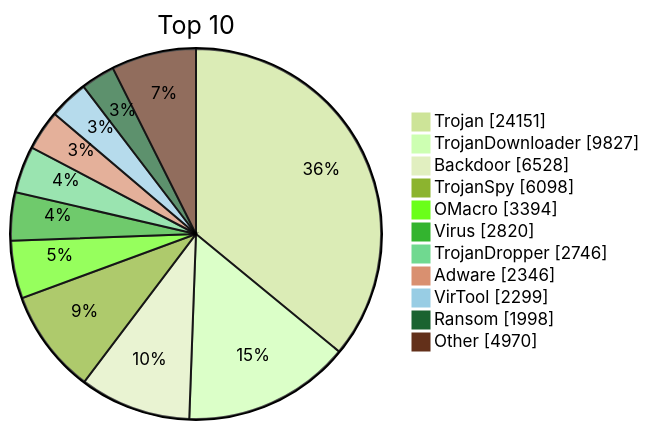
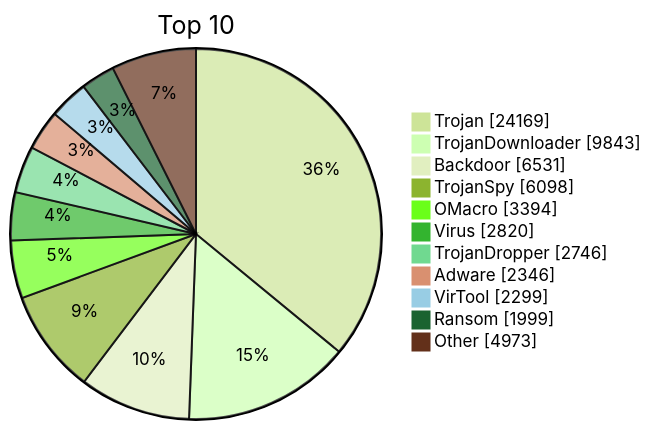
The diagram in README.md (JerryLinLinLin/huorong-virdb-changelog), drawn with Mermaid (forest theme) before and after one commit. The commit also changed other lines of this file and 15 other files, not shown here.

````diff
--- a/README.md
+++ b/README.md
@@ -19,15 +19,15 @@
 ```mermaid
 pie showData
     title Top 10
-    "Trojan" : 24151
-    "TrojanDownloader" : 9827
-    "Backdoor" : 6528
+    "Trojan" : 24169
+    "TrojanDownloader" : 9843
+    "Backdoor" : 6531
     "TrojanSpy" : 6098
     "OMacro" : 3394
     "Virus" : 2820
     "TrojanDropper" : 2746
     "Adware" : 2346
     "VirTool" : 2299
-    "Ransom" : 1998
-    "Other" : 4970
+    "Ransom" : 1999
+    "Other" : 4973
 ```
````
